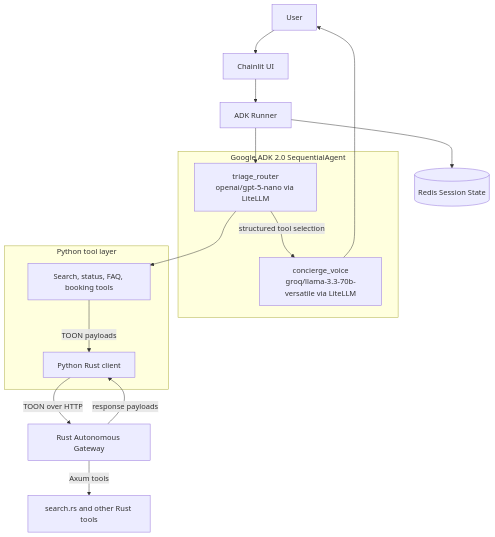
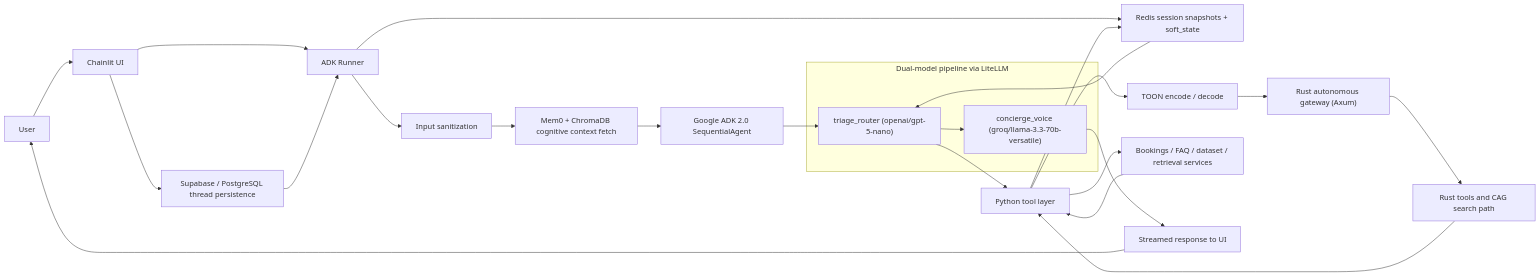
The first of 2 diagrams in README.md (muhammadhasaan82/AI_Property_Booking_concierge), drawn with Mermaid before and after one commit. The commit also changed other lines of this file, not shown here.

Commit message:
docs: update README to enhance clarity on V2 architecture and detail the dual-model pipeline

````diff
--- a/README.md
+++ b/README.md
@@ -15,27 +29,31 @@
 ```mermaid
-graph TD
-        U[User] --> CL[Chainlit UI]
-        CL --> AR[ADK Runner]
+flowchart LR
+    U["User"] --> CL["Chainlit UI"]
+    CL --> TP["Supabase / PostgreSQL thread persistence"]
+    CL --> AR["ADK Runner"]
+    TP --> AR
 
-        AR --> SS[(Redis Session State)]
+    AR --> SAN["Input sanitization"]
+    SAN --> MEM["Mem0 + ChromaDB cognitive context fetch"]
+    MEM --> SEQ["Google ADK 2.0 SequentialAgent"]
 
-        subgraph ADK["Google ADK 2.0 SequentialAgent"]
-                TR[triage_router\nopenai/gpt-5-nano via LiteLLM]
-                CV[concierge_voice\ngroq/llama-3.3-70b-versatile via LiteLLM]
-                TR -->|structured tool selection| CV
-        end
+    subgraph PIPE["Dual-model pipeline via LiteLLM"]
+        TR["triage_router (openai/gpt-5-nano)"]
+        CV["concierge_voice (groq/llama-3.3-70b-versatile)"]
+        TR --> CV
+    end
 
-        AR --> TR
-        CV --> U
-
-        subgraph PY["Python tool layer"]
-                TL[Search, status, FAQ, booking tools]
-                RC[Python Rust client]
-        end
-
-        TR --> TL
-        TL -->|TOON payloads| RC
-        RC -->|TOON over HTTP| RG[Rust Autonomous Gateway]
-        RG -->|Axum tools| RT[search.rs and other Rust tools]
-        RG -->|response payloads| RC
+    SEQ --> TR
+    TR --> PT["Python tool layer"]
+    AR --> RS["Redis session snapshots + soft_state"]
+    RS --> TR
+    PT --> TOON["TOON encode / decode"]
+    TOON --> RG["Rust autonomous gateway (Axum)"]
+    RG --> RT["Rust tools and CAG search path"]
+    PT --> DB["Bookings / FAQ / dataset / retrieval services"]
+    RT --> PT
+    DB --> PT
+    PT --> RS
+    CV --> OUT["Streamed response to UI"]
+    OUT --> U
 ```
````
